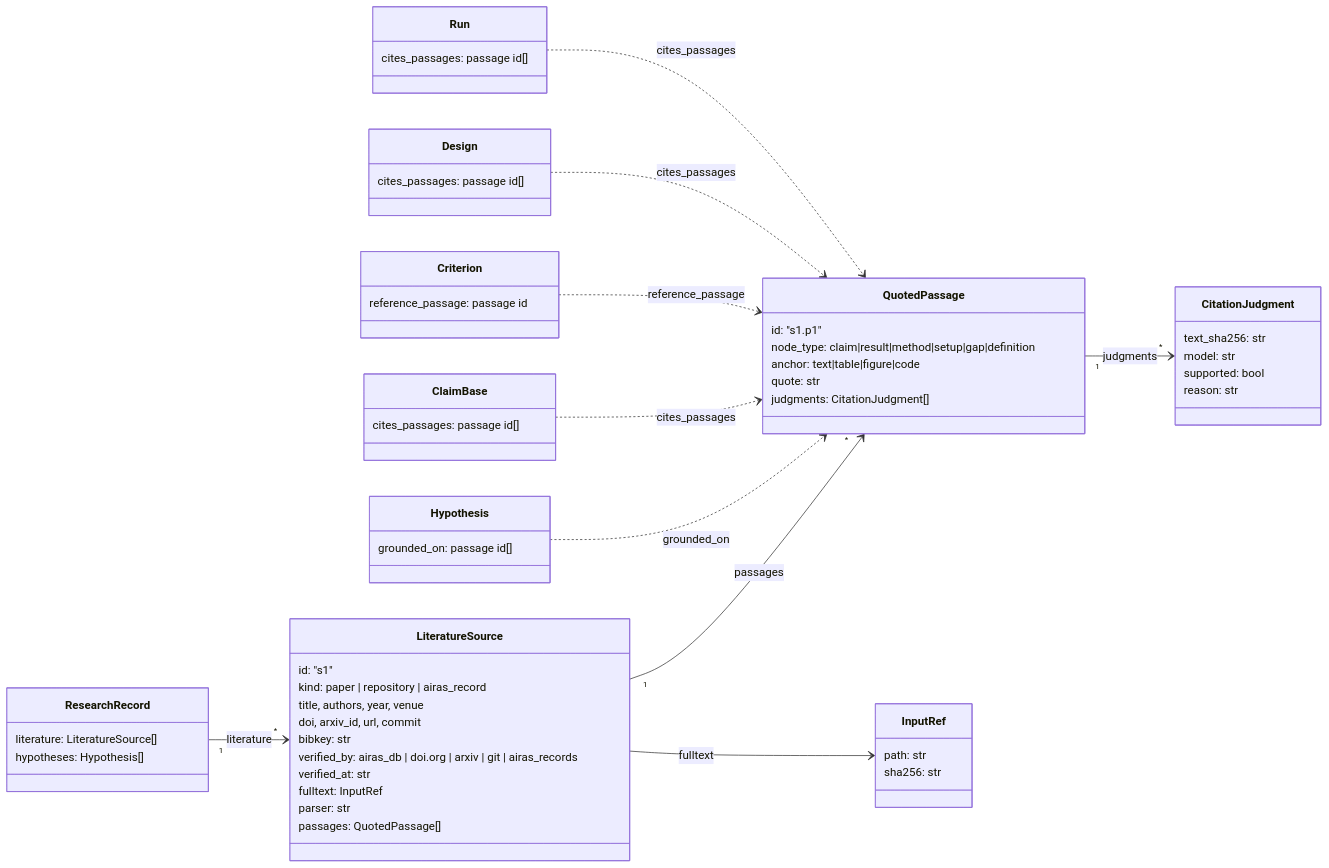
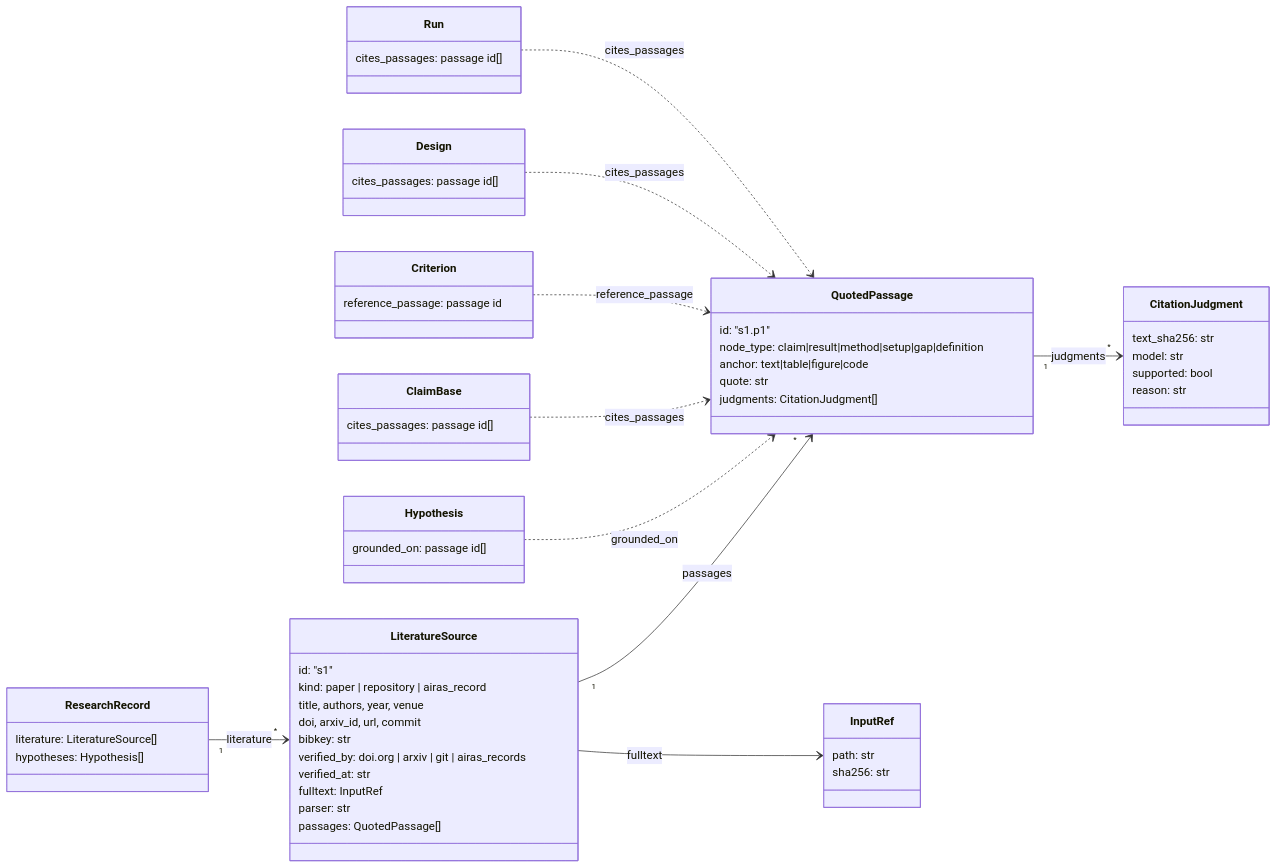
Before and after one commit to airas-org/airas: the first of 2 diagrams in docs/record-json-schema.md, drawn with Mermaid. The commit also changed other lines of this file and 11 other files, not shown here.

First line of the commit message:
literature: pin papers by doi or arxiv only, tolerate dropped spaces in the title check, note the quote rules in the skills

````diff
--- a/docs/record-json-schema.md
+++ b/docs/record-json-schema.md
@@ -16,63 +16,63 @@
 ```mermaid
 classDiagram
     direction LR
 
     class ResearchRecord {
         literature: LiteratureSource[]
         hypotheses: Hypothesis[]
     }
     class LiteratureSource {
         id: "s1"
         kind: paper | repository | airas_record
         title, authors, year, venue
         doi, arxiv_id, url, commit
         bibkey: str
-        verified_by: airas_db | doi.org | arxiv | git | airas_records
+        verified_by: doi.org | arxiv | git | airas_records
         verified_at: str
         fulltext: InputRef
         parser: str
         passages: QuotedPassage[]
     }
     class QuotedPassage {
         id: "s1.p1"
         node_type: claim|result|method|setup|gap|definition
         anchor: text|table|figure|code
         quote: str
         judgments: CitationJudgment[]
     }
     class CitationJudgment {
         text_sha256: str
         model: str
         supported: bool
         reason: str
     }
     class InputRef {
         path: str
         sha256: str
     }
     class Hypothesis {
         grounded_on: passage id[]
     }
     class ClaimBase {
         cites_passages: passage id[]
     }
     class Criterion {
         reference_passage: passage id
     }
     class Design {
         cites_passages: passage id[]
     }
     class Run {
         cites_passages: passage id[]
     }
 
     ResearchRecord "1" --> "*" LiteratureSource : literature
     LiteratureSource "1" --> "*" QuotedPassage : passages
     QuotedPassage "1" --> "*" CitationJudgment : judgments
     LiteratureSource --> InputRef : fulltext
     Hypothesis ..> QuotedPassage : grounded_on
     ClaimBase ..> QuotedPassage : cites_passages
     Criterion ..> QuotedPassage : reference_passage
     Design ..> QuotedPassage : cites_passages
     Run ..> QuotedPassage : cites_passages
 ```
````
